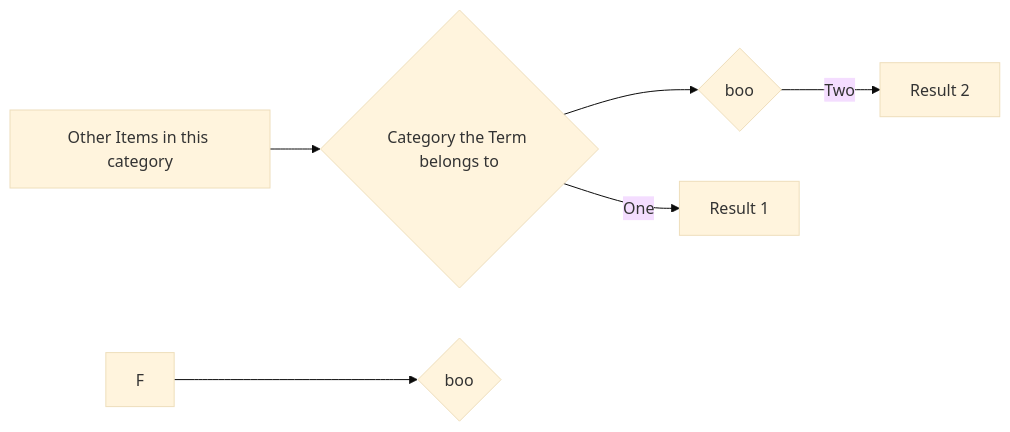
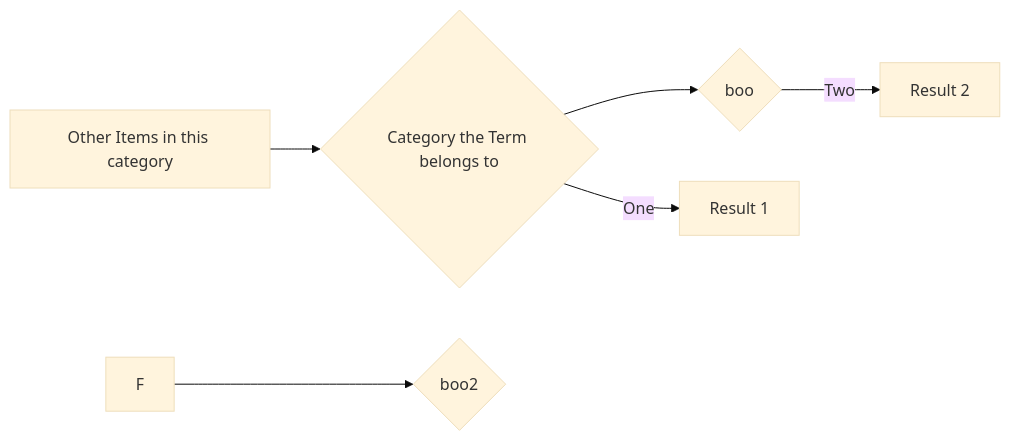
One commit to gerbssusd/dok changed the diagram in slides.md. Above: the diagram before and after it, drawn with Mermaid (base theme).

````diff
--- a/slides.md
+++ b/slides.md
@@ -217,11 +217,11 @@
 ```mermaid {theme: 'neutral', scale: 0.8}
 graph LR
 A[Other Items in this category] --> B{Category the Term belongs to} --> C{boo} 
 B -->|One| D[Result 1]
 C -->|Two| E[Result 2]
-F --> G{boo}
+F --> G{boo2}
 
 
 
 
 ```
````
